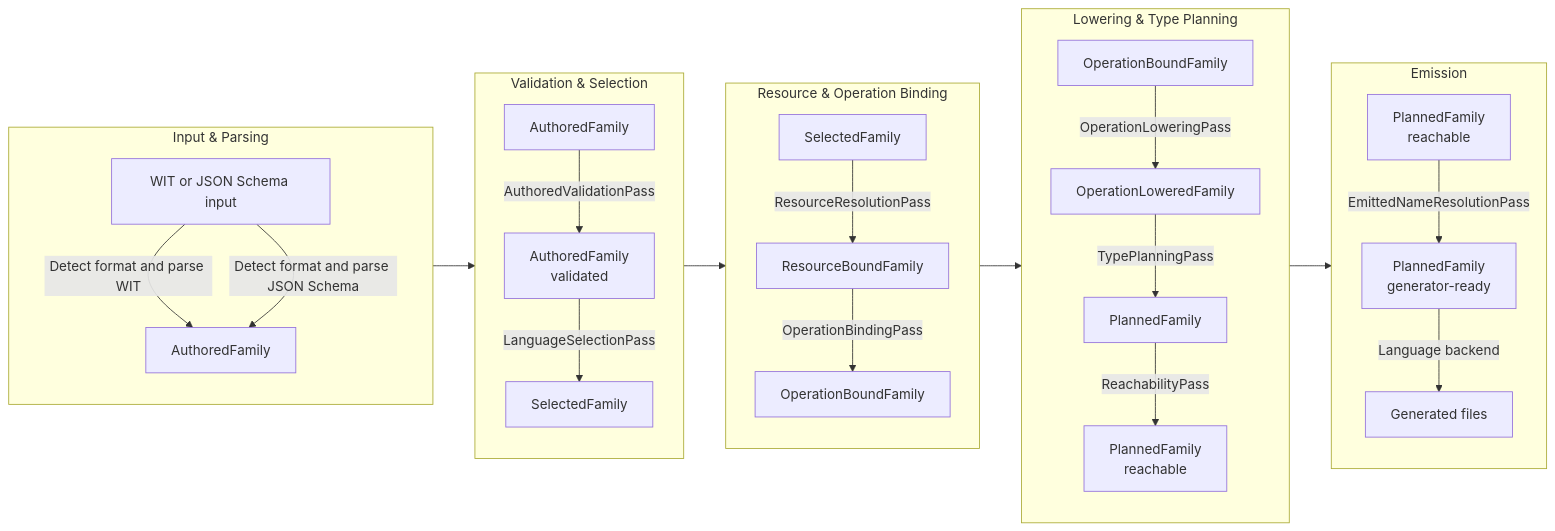
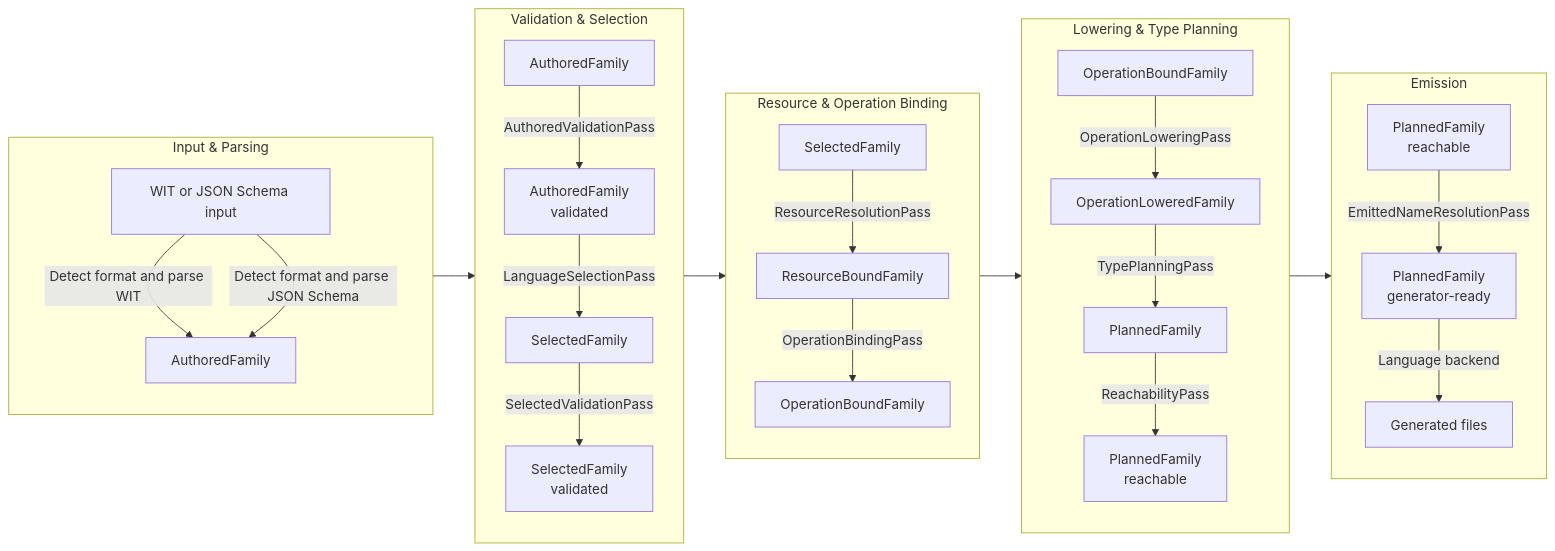
One commit to temporalio/nexgen changed the diagram in architecture.md. Above: the diagram before and after it, drawn with Mermaid. The commit also changed other lines of this file and 23 other files, not shown here.

````diff
--- a/architecture.md
+++ b/architecture.md
@@ -33,58 +33,60 @@
 ```mermaid
 flowchart LR
     subgraph parse["Input & Parsing"]
         direction TB
         input[WIT or JSON Schema input]
         authored[AuthoredFamily]
 
         input -->|Detect format and parse WIT| authored
         input -->|Detect format and parse JSON Schema| authored
     end
 
     subgraph select["Validation & Selection"]
         direction TB
         authoredForBinding[AuthoredFamily]
         validated[AuthoredFamily<br/>validated]
         selected[SelectedFamily]
+        selectedValidated[SelectedFamily<br/>validated]
 
         authoredForBinding -->|AuthoredValidationPass| validated
         validated -->|LanguageSelectionPass| selected
+        selected -->|SelectedValidationPass| selectedValidated
     end
 
     subgraph bind["Resource & Operation Binding"]
         direction TB
         selectedForBinding[SelectedFamily]
         resourceBound[ResourceBoundFamily]
         operationBound[OperationBoundFamily]
 
         selectedForBinding -->|ResourceResolutionPass| resourceBound
         resourceBound -->|OperationBindingPass| operationBound
     end
 
     subgraph plan["Lowering & Type Planning"]
         direction TB
         operationBoundForPlanning[OperationBoundFamily]
         operationLowered[OperationLoweredFamily]
         planned[PlannedFamily]
         reachable[PlannedFamily<br/>reachable]
 
         operationBoundForPlanning -->|OperationLoweringPass| operationLowered
         operationLowered -->|TypePlanningPass| planned
         planned -->|ReachabilityPass| reachable
     end
 
     subgraph emit["Emission"]
         direction TB
         reachableForEmission[PlannedFamily<br/>reachable]
         generatorReady[PlannedFamily<br/>generator-ready]
         output[Generated files]
 
         reachableForEmission -->|EmittedNameResolutionPass| generatorReady
         generatorReady -->|Language backend| output
     end
 
     authored --> authoredForBinding
-    selected --> selectedForBinding
+    selectedValidated --> selectedForBinding
     operationBound --> operationBoundForPlanning
     reachable --> reachableForEmission
 ```
````
